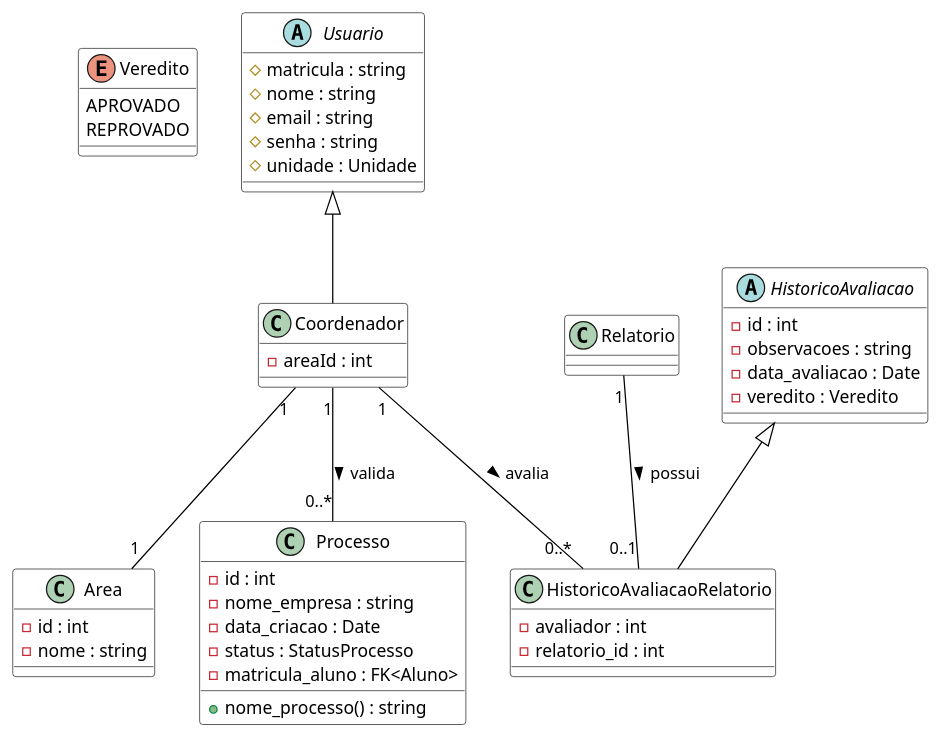
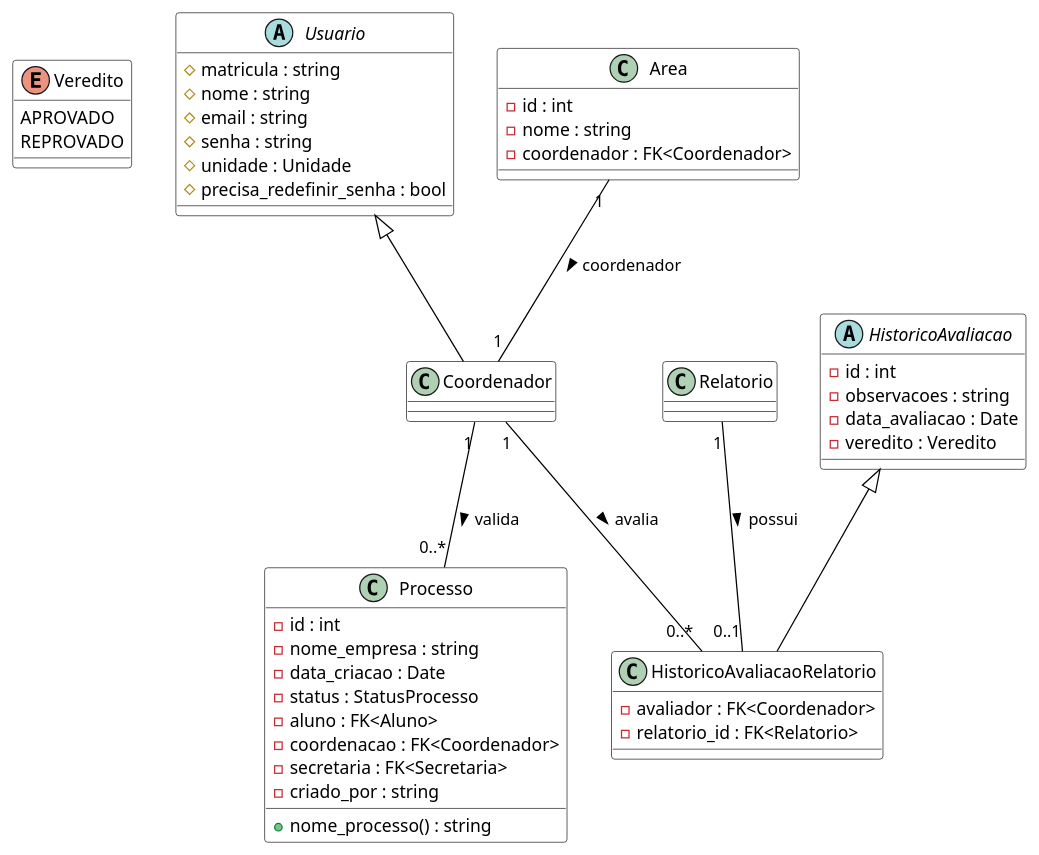
One commit to Projetos-de-Extensao/PBE_26.1_8002_III changed the diagram in docs/assets/Diagramas/src/diagrama_classes_coordenacao.puml. Above: the diagram before and after it, drawn with PlantUML. The commit also changed 7 other files, not shown here.

Commit message:
docs: atualização dos diagramas de classe para refletir o desenvolvimento

```diff
--- a/docs/assets/Diagramas/src/diagrama_classes_coordenacao.puml
+++ b/docs/assets/Diagramas/src/diagrama_classes_coordenacao.puml
@@ -1,64 +1,68 @@
 @startuml
 
 ' --- Estilos ---
 skinparam class {
     BackgroundColor White
     ArrowColor Black
     BorderColor Black
 }
 
 ' --- Enums ---
 enum Veredito {
     APROVADO
     REPROVADO
 }
 
 ' --- Classes Relevantes ---
 abstract class Usuario {
     # matricula : string
     # nome : string
     # email : string
     # senha : string
     # unidade : Unidade
+    # precisa_redefinir_senha : bool
 }
 
 class Coordenador extends Usuario {
-    - areaId : int
 }
 
 class Area {
     - id : int
     - nome : string
+    - coordenador : FK<Coordenador>
 }
 
 class Processo {
     - id : int
     - nome_empresa : string
     - data_criacao : Date
     - status : StatusProcesso
-    - matricula_aluno : FK<Aluno>
+    - aluno : FK<Aluno>
+    - coordenacao : FK<Coordenador>
+    - secretaria : FK<Secretaria>
+    - criado_por : string
     + nome_processo() : string
 }
 
 class Relatorio {
 }
 
 abstract class HistoricoAvaliacao {
     - id : int
     - observacoes : string
     - data_avaliacao : Date
     - veredito : Veredito
 }
 
 class HistoricoAvaliacaoRelatorio extends HistoricoAvaliacao {
-    - avaliador : int
-    - relatorio_id : int
+    - avaliador : FK<Coordenador>
+    - relatorio_id : FK<Relatorio>
 }
 
 ' --- Relacionamentos ---
-Coordenador "1" -- "1" Area
+Area "1" -- "1" Coordenador : coordenador >
 Coordenador "1" -- "0..*" Processo : valida >
 Coordenador "1" -- "0..*" HistoricoAvaliacaoRelatorio : avalia >
 Relatorio "1" -- "0..1" HistoricoAvaliacaoRelatorio : possui >
 
 @enduml
```
